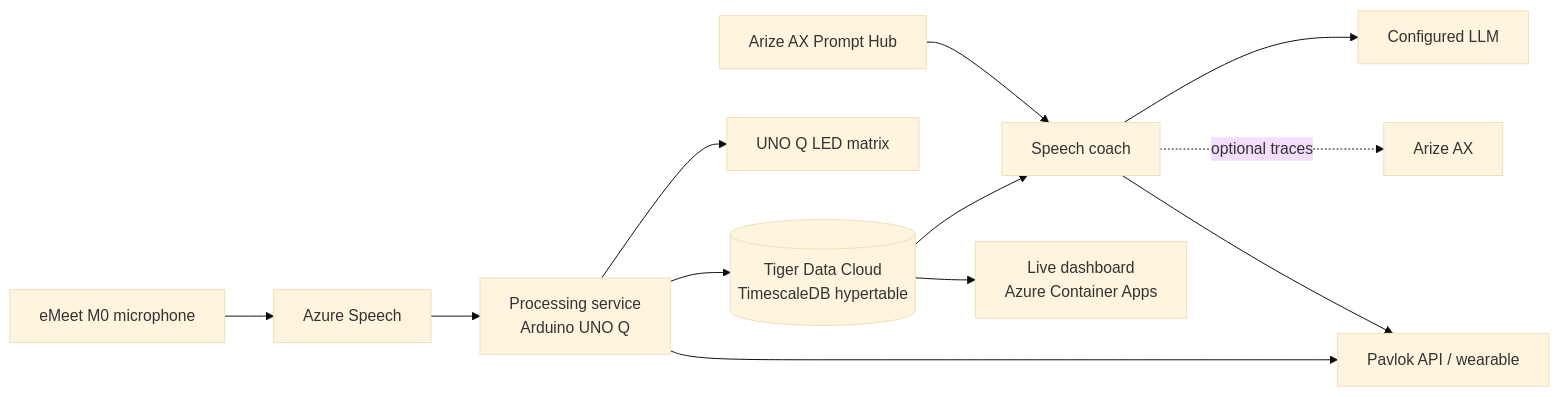
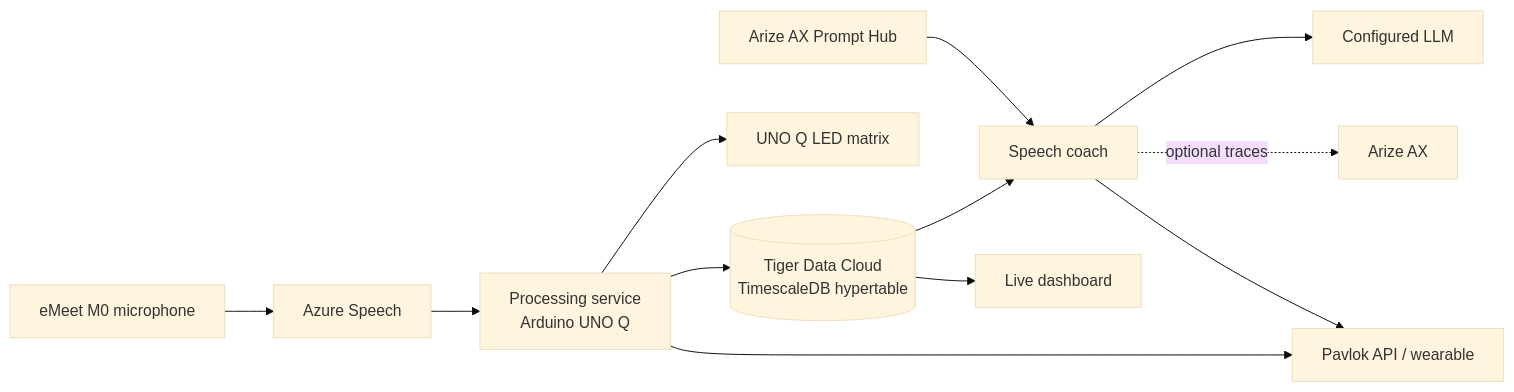
Before and after one commit to jimbobbennett/well-actually: the diagram in README.md, drawn with Mermaid (base theme). The commit also changed other lines of this file and 4 other files, not shown here.

````diff
--- a/README.md
+++ b/README.md
@@ -25,14 +27,14 @@
 ```mermaid
 flowchart LR
     Mic["eMeet M0 microphone"] --> Speech["Azure Speech"]
     Speech --> Processor["Processing service<br/>Arduino UNO Q"]
     Processor --> DB[("Tiger Data Cloud<br/>TimescaleDB hypertable")]
     Processor --> LED["UNO Q LED matrix"]
     DB --> Coach["Speech coach"]
     Prompts["Arize AX Prompt Hub"] --> Coach
     Coach --> LLM["Configured LLM"]
     Coach -. optional traces .-> AX["Arize AX"]
     Processor --> Pavlok["Pavlok API / wearable"]
     Coach --> Pavlok
-    DB --> Dashboard["Live dashboard<br/>Azure Container Apps"]
+    DB --> Dashboard["Live dashboard"]
 ```
````
